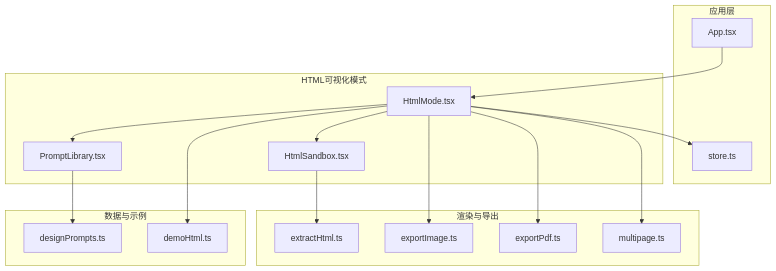
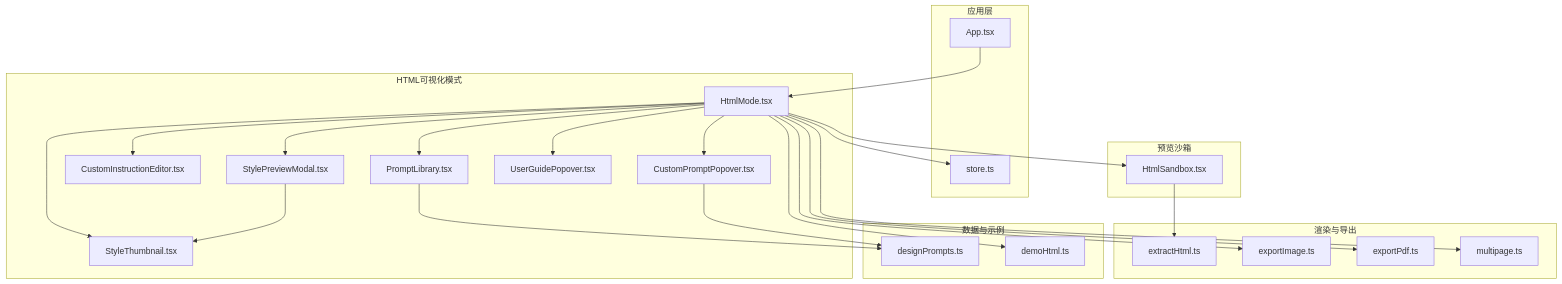
One commit to ZhongXiandou/markdown2view changed the first of 8 diagrams in .qoder/repowiki/zh/content/编辑模式系统/HTML可视化编辑模式.md. Above: the diagram before and after it, drawn with Mermaid. The commit also changed other lines of this file and 35 other files, not shown here.

````diff
--- a/.qoder/repowiki/zh/content/编辑模式系统/HTML可视化编辑模式.md
+++ b/.qoder/repowiki/zh/content/编辑模式系统/HTML可视化编辑模式.md
@@ -49,32 +69,46 @@
 ```mermaid
 graph TB
 subgraph "应用层"
 App["App.tsx"]
 Store["store.ts"]
 end
 subgraph "HTML可视化模式"
 HtmlMode["HtmlMode.tsx"]
 PromptLib["PromptLibrary.tsx"]
-Sandbox["HtmlSandbox.tsx"]
+CustomInstr["CustomInstructionEditor.tsx"]
+CustomPrompt["CustomPromptPopover.tsx"]
+StyleThumb["StyleThumbnail.tsx"]
+StyleModal["StylePreviewModal.tsx"]
+UserGuide["UserGuidePopover.tsx"]
 end
 subgraph "渲染与导出"
 Extract["extractHtml.ts"]
 ExportImg["exportImage.ts"]
 ExportPdf["exportPdf.ts"]
 MultiPage["multipage.ts"]
 end
 subgraph "数据与示例"
 Prompts["designPrompts.ts"]
 Demo["demoHtml.ts"]
 end
+subgraph "预览沙箱"
+Sandbox["HtmlSandbox.tsx"]
+end
 App --> HtmlMode
 HtmlMode --> Sandbox
 HtmlMode --> PromptLib
+HtmlMode --> CustomInstr
+HtmlMode --> CustomPrompt
+HtmlMode --> StyleThumb
+HtmlMode --> StyleModal
+HtmlMode --> UserGuide
 HtmlMode --> Store
 Sandbox --> Extract
 HtmlMode --> ExportImg
 HtmlMode --> ExportPdf
 HtmlMode --> MultiPage
 PromptLib --> Prompts
+CustomPrompt --> Prompts
+StyleModal --> StyleThumb
 HtmlMode --> Demo
 ```
````
